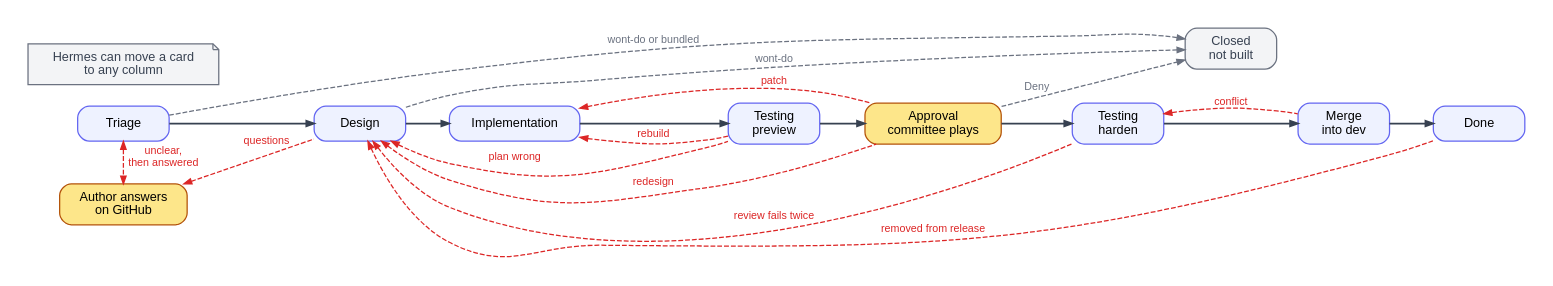
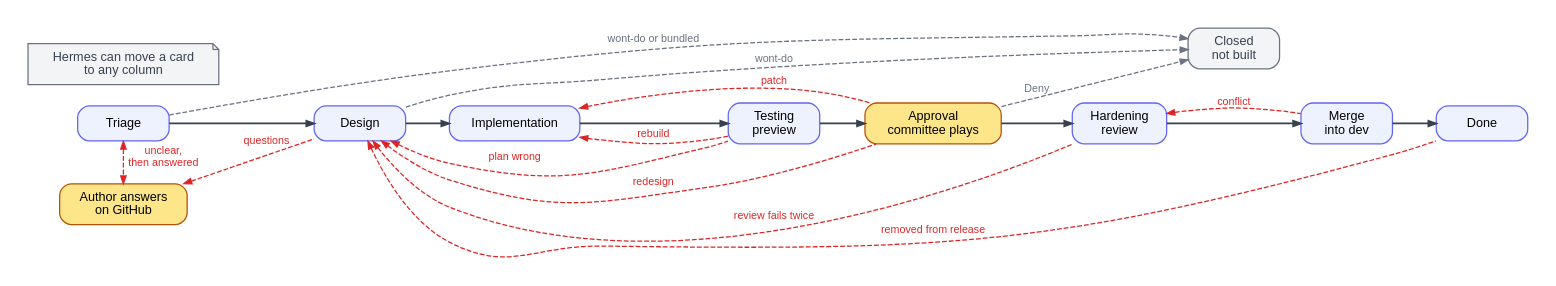
One commit to btseytlin/road-machiners changed the diagram in factory/docs/diagrams/lifecycle.dot. Above: the diagram before and after it, drawn with Graphviz. The commit also changed 37 other files, not shown here.

```diff
--- a/factory/docs/diagrams/lifecycle.dot
+++ b/factory/docs/diagrams/lifecycle.dot
@@ -1,28 +1,28 @@
 // Card lifecycle. Black: normal path. Red: loops back. Grey: ends early. Yellow: waits for people.
 digraph lifecycle {
   rankdir=LR; nodesep=0.3; ranksep=0.6; bgcolor=white; pad=0.3; forcelabels=true;
   node [shape=box, style="rounded,filled", fillcolor="#eef2ff", color="#6366f1", fontname="Helvetica", fontsize=13, margin="0.2,0.1", penwidth=1.3, width=1.3];
   edge [color="#374151", penwidth=1.8, arrowsize=0.8, fontname="Helvetica", fontsize=11];
   T [label="Triage"]; D [label="Design"]; I [label="Implementation"];
   P [label="Testing\npreview"]; A [label="Approval\ncommittee plays", fillcolor="#fde68a", color="#b45309"];
-  H [label="Testing\nharden"]; G [label="Merge\ninto dev"]; M [label="Done"];
+  H [label="Hardening\nreview"]; G [label="Merge\ninto dev"]; M [label="Done"];
   W [label="Author answers\non GitHub", fillcolor="#fde68a", color="#b45309"];
   N [label="Hermes can move a card\nto any column", shape=note, style=filled, fillcolor="#f3f4f6", color="#6b7280", fontcolor="#374151"];
   X [label="Closed\nnot built", fillcolor="#f3f4f6", color="#6b7280", fontcolor="#374151"];
   T -> D -> I -> P -> A -> H -> G -> M [weight=100];
   // A loop is drawn as a forward edge with its arrow reversed, so it never bends the main line.
   edge [color="#dc2626", fontcolor="#dc2626", style=dashed, penwidth=1.3, dir=back, weight=0];
   T -> W [xlabel="unclear,\nthen answered", dir=both, constraint=false];
   W -> D [label="questions"];
   I -> P [label="rebuild"];
   D -> P [label="plan wrong"];
   I -> A [label="patch"];
   D -> A [label="redesign"];
   D -> H [label="review fails twice"];
   H -> G [label="conflict"];
   D -> M [label="removed from release"];
   edge [color="#6b7280", fontcolor="#6b7280", style=dashed, penwidth=1.3, dir=forward, weight=0];
   T -> X [label="wont-do or bundled"];
   D -> X [label="wont-do"];
   A -> X [label="Deny"];
 }
```
